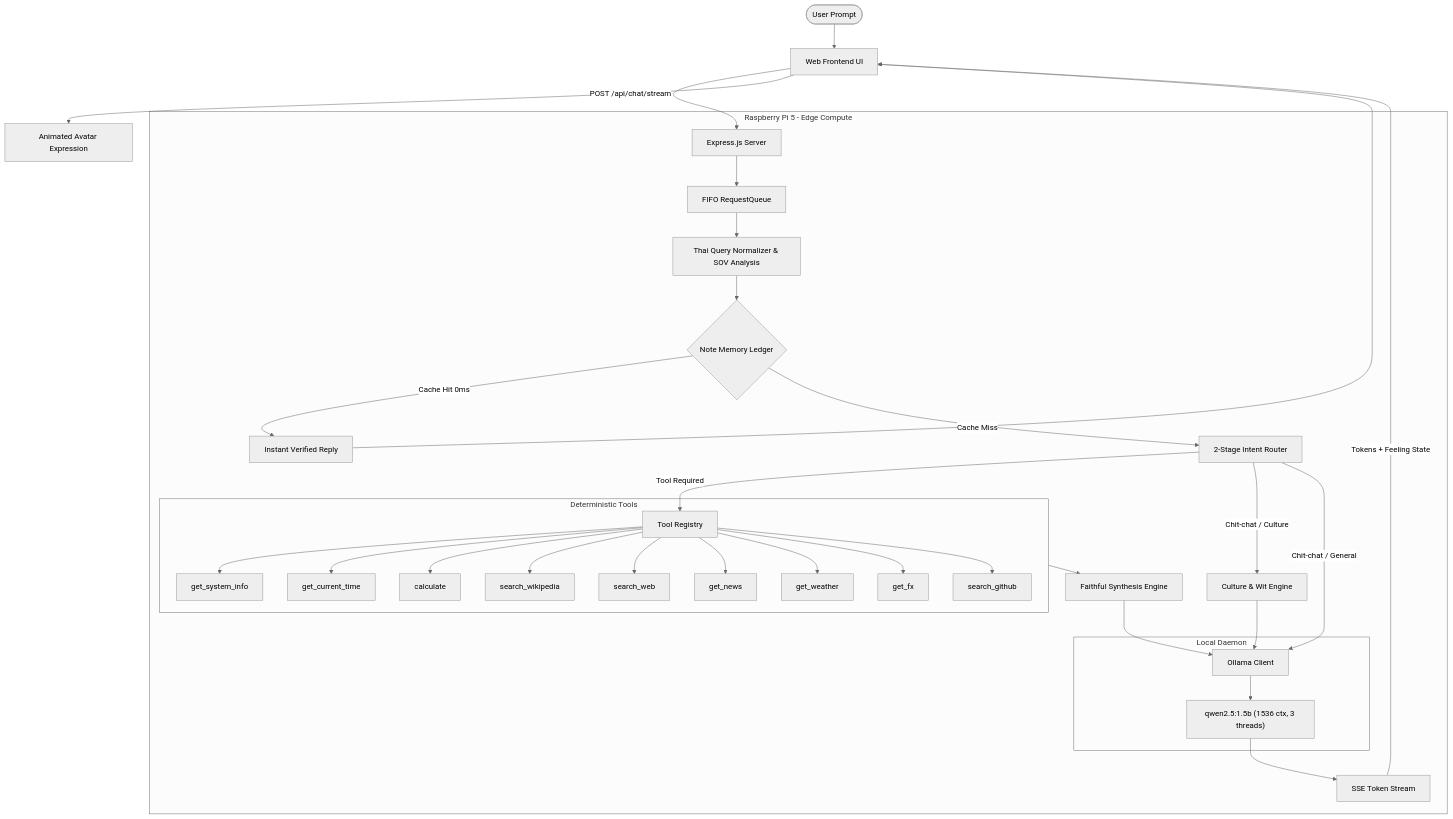
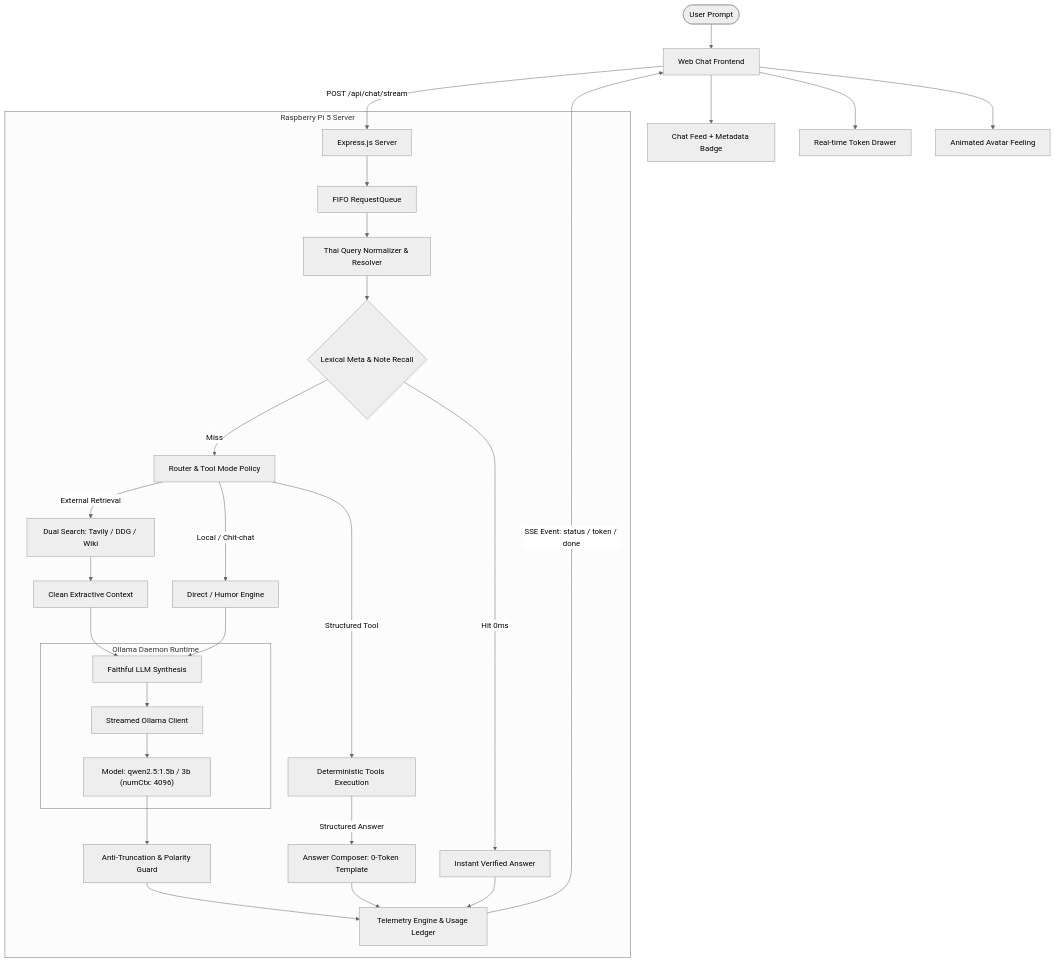
Before and after one commit to Yeennawa/Local-AI-Agent: the diagram in README.md, drawn with Mermaid (neutral theme). The commit also changed other lines of this file and 8 other files, not shown here.

````diff
--- a/README.md
+++ b/README.md
@@ -81,43 +113,40 @@
 ```mermaid
 flowchart TD
-    User([User Prompt]) --> Client[Web Frontend UI]
-    Client -->|POST /api/chat/stream| Server[Express.js Server]
+    User([User Prompt]) --> ClientUI[Web Chat Frontend]
+    ClientUI -->|POST /api/chat/stream| Server[Express.js Server]
     
-    subgraph Edge_Hardware [Raspberry Pi 5 - Edge Compute]
+    subgraph Edge_Runtime [Raspberry Pi 5 Server]
         Server --> Queue[FIFO RequestQueue]
-        Queue --> Normalizer[Thai Query Normalizer & SOV Analysis]
-        Normalizer --> MemoryCheck{Note Memory Ledger}
-        MemoryCheck -->|Cache Hit 0ms| FastReply[Instant Verified Reply]
-        MemoryCheck -->|Cache Miss| Router[2-Stage Intent Router]
+        Queue --> Normalizer[Thai Query Normalizer & Resolver]
         
-        Router -->|Tool Required| Registry[Tool Registry]
-        Router -->|Chit-chat / Culture| Culture[Culture & Wit Engine]
-        Router -->|Chit-chat / General| OllamaClient[Ollama Client]
-        Culture --> OllamaClient
+        Normalizer --> FastCheck{Lexical Meta & Note Recall}
+        FastCheck -->|Hit 0ms| FastOut[Instant Verified Answer]
         
-        subgraph Tool_Execution [Deterministic Tools]
-            Registry --> SystemInfo[get_system_info]
-            Registry --> Time[get_current_time]
-            Registry --> Calc[calculate]
-            Registry --> Wiki[search_wikipedia]
-            Registry --> Web[search_web]
-            Registry --> News[get_news]
-            Registry --> Weather[get_weather]
-            Registry --> FX[get_fx]
-            Registry --> GitHub[search_github]
+        FastCheck -->|Miss| PolicyRouter[Router & Tool Mode Policy]
+        
+        PolicyRouter -->|Local / Chit-chat| DirectGen[Direct / Humor Engine]
+        PolicyRouter -->|Structured Tool| ToolExec[Deterministic Tools Execution]
+        PolicyRouter -->|External Retrieval| SearchExec[Dual Search: Tavily / DDG / Wiki]
+        
+        ToolExec -->|Structured Answer| AnswerComposer[Answer Composer: 0-Token Template]
+        SearchExec --> CleanContext[Clean Extractive Context]
+        
+        CleanContext --> SynthesisEngine[Faithful LLM Synthesis]
+        DirectGen --> SynthesisEngine
+        
+        subgraph Local_Ollama [Ollama Daemon Runtime]
+            SynthesisEngine --> OllamaClient[Streamed Ollama Client]
+            OllamaClient --> ActiveModel["Model: qwen2.5:1.5b / 3b (numCtx: 4096)"]
         end
         
-        Tool_Execution --> Synthesis[Faithful Synthesis Engine]
-        Synthesis --> OllamaClient
-        
-        subgraph LLM_Runtime [Local Daemon]
-            OllamaClient --> OllamaModel["qwen2.5:1.5b (1536 ctx, 3 threads)"]
-        end
-        
-        OllamaModel --> TokenStream[SSE Token Stream]
+        ActiveModel --> PolarityGuard[Anti-Truncation & Polarity Guard]
+        PolarityGuard --> Telemetry[Telemetry Engine & Usage Ledger]
+        AnswerComposer --> Telemetry
+        FastOut --> Telemetry
     end
     
-    FastReply --> Client
-    TokenStream -->|Tokens + Feeling State| Client
-    Client --> Avatar[Animated Avatar Expression]
+    Telemetry -->|SSE Event: status / token / done| ClientUI
+    ClientUI --> ChatBubble[Chat Feed + Metadata Badge]
+    ClientUI --> TelemetryDrawer[Real-time Token Drawer]
+    ClientUI --> AvatarExpression[Animated Avatar Feeling]
 ```
````
